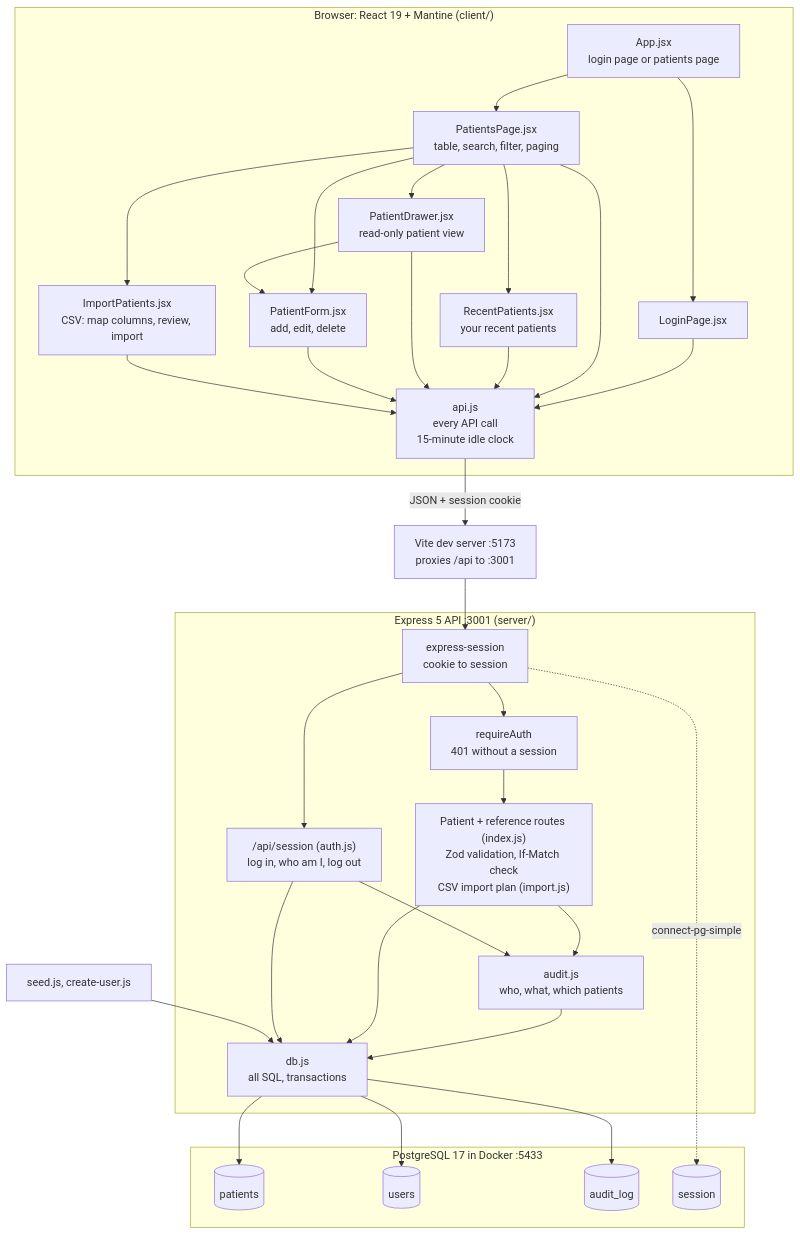
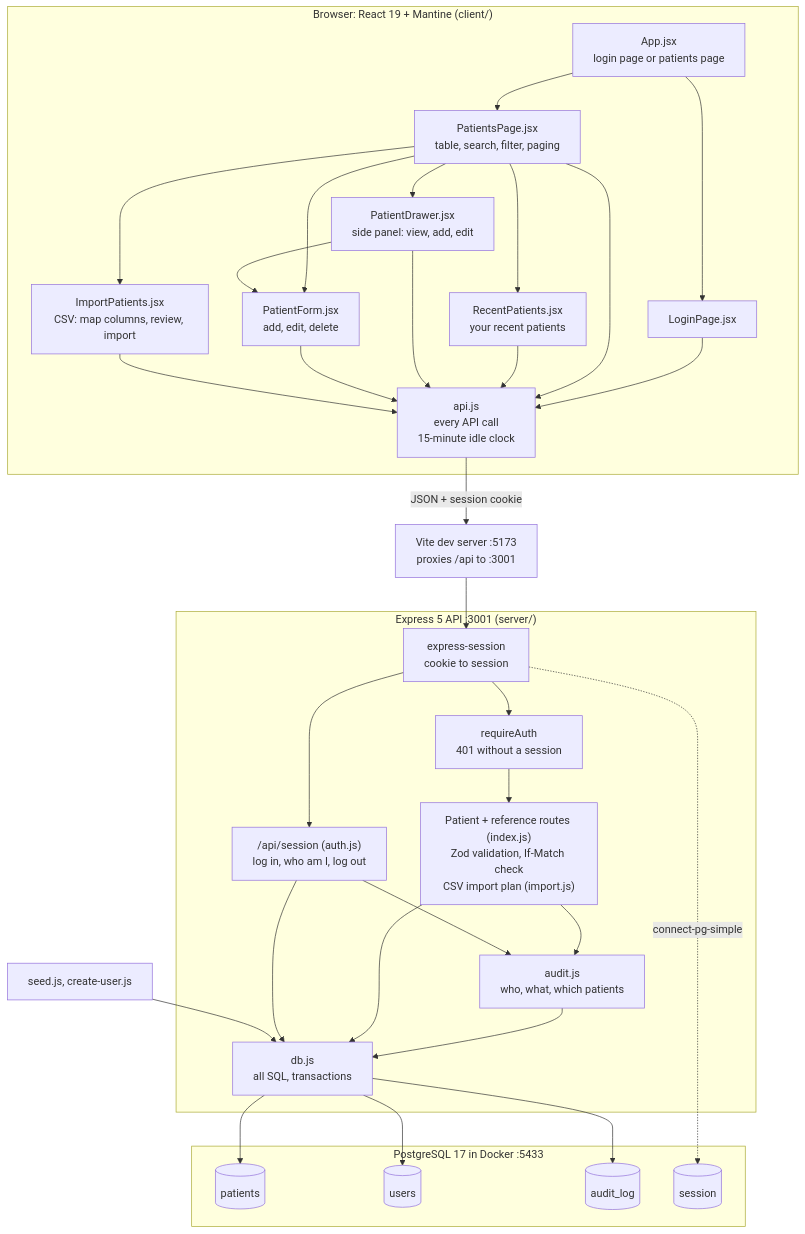
The first of 2 diagrams in ARCHITECTURE.md (dengjulie/patient-tracker), drawn with Mermaid before and after one commit. The commit also changed other lines of this file and 5 other files, not shown here.

First line of the commit message:
Add and edit patients in the side panel

````diff
--- a/ARCHITECTURE.md
+++ b/ARCHITECTURE.md
@@ -9,48 +9,48 @@
 ```mermaid
 flowchart TB
     subgraph Browser["Browser: React 19 + Mantine (client/)"]
         App["App.jsx<br/>login page or patients page"]
         Login["LoginPage.jsx"]
         List["PatientsPage.jsx<br/>table, search, filter, paging"]
-        View["PatientDrawer.jsx<br/>read-only patient view"]
+        View["PatientDrawer.jsx<br/>side panel: view, add, edit"]
         Recent["RecentPatients.jsx<br/>your recent patients"]
         Form["PatientForm.jsx<br/>add, edit, delete"]
         Import["ImportPatients.jsx<br/>CSV: map columns, review, import"]
         Api["api.js<br/>every API call<br/>15-minute idle clock"]
         App --> Login & List
         List --> Recent & View & Form & Import
         View --> Form
         Login & List & Recent & View & Form & Import --> Api
     end
 
     Vite["Vite dev server :5173<br/>proxies /api to :3001"]
 
     subgraph Server["Express 5 API :3001 (server/)"]
         Sessions["express-session<br/>cookie to session"]
         SessionRoutes["/api/session (auth.js)<br/>log in, who am I, log out"]
         Guard["requireAuth<br/>401 without a session"]
         Routes["Patient + reference routes (index.js)<br/>Zod validation, If-Match check<br/>CSV import plan (import.js)"]
         Audit["audit.js<br/>who, what, which patients"]
         Db["db.js<br/>all SQL, transactions"]
         Sessions --> SessionRoutes
         Sessions --> Guard --> Routes
         Routes --> Audit --> Db
         Routes --> Db
         SessionRoutes --> Audit
         SessionRoutes --> Db
     end
 
     subgraph Postgres["PostgreSQL 17 in Docker :5433"]
         patients[("patients")]
         users[("users")]
         audit_log[("audit_log")]
         session[("session")]
     end
 
     Scripts["seed.js, create-user.js"]
 
     Api -- "JSON + session cookie" --> Vite --> Sessions
     Db --> patients & users & audit_log
     Sessions -. "connect-pg-simple" .-> session
     Scripts --> Db
 ```
````
